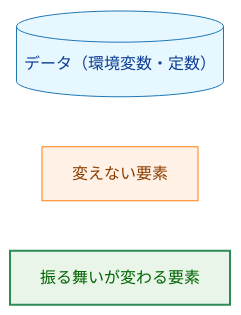
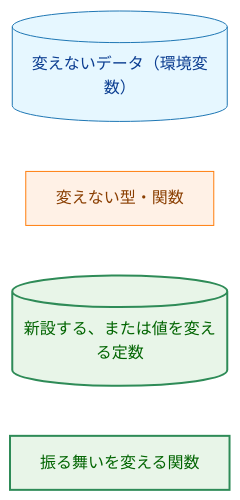
Before and after one commit to isseis/yt2column: the second of 9 diagrams in docs/tasks/0041_claude_effort_max_tokens/02_architecture.md, drawn with Mermaid. The commit also changed other lines of this file, not shown here.

First line of the commit message:
docs(0041): address the architecture panel review

````diff
--- a/docs/tasks/0041_claude_effort_max_tokens/02_architecture.md
+++ b/docs/tasks/0041_claude_effort_max_tokens/02_architecture.md
@@ -73,12 +75,13 @@
 ```mermaid
 flowchart LR
     classDef data fill:#e6f7ff,stroke:#1f77b4,stroke-width:1px,color:#0b3d91;
     classDef process fill:#fff1e6,stroke:#ff7f0e,stroke-width:1px,color:#8a3e00;
     classDef enhanced fill:#e8f5e8,stroke:#2e8b57,stroke-width:2px,color:#006400;
-    L1[("データ（環境変数・定数）")]
-    L2["変えない要素"]
-    L3["振る舞いが変わる要素"]
+    L1[("変えないデータ（環境変数）")]
+    L2["変えない型・関数"]
+    L3[("新設する、または値を変える定数")]
+    L4["振る舞いを変える関数"]
     class L1 data
     class L2 process
-    class L3 enhanced
+    class L3,L4 enhanced
 ```
````
